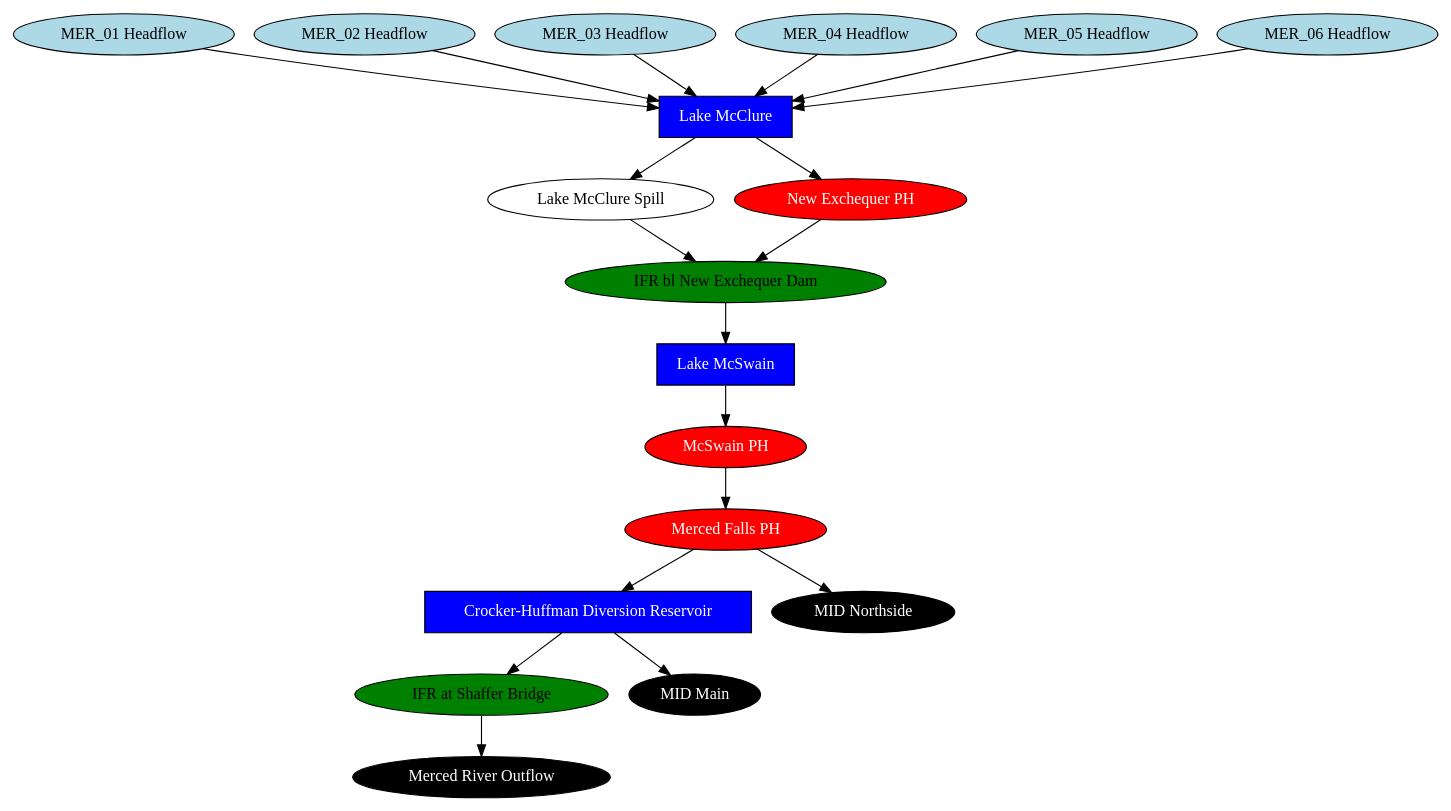
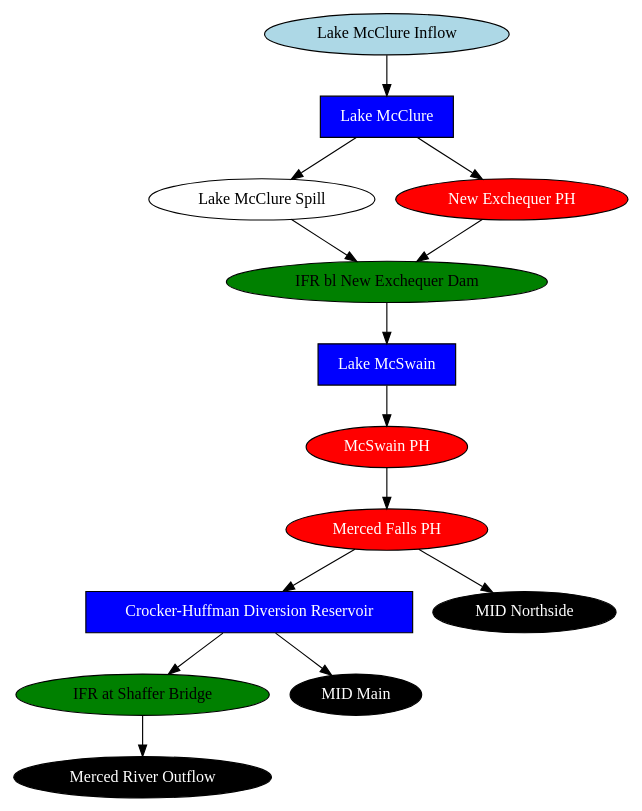
One commit to vicelab/cen-sierra-pywr changed the diagram in dashapp/assets/schematics/merced_schematic_simplified.gv. Above: the diagram before and after it, drawn with Graphviz. The commit also changed 11 other files, not shown here.

Commit message:
update schematics

```diff
--- a/dashapp/assets/schematics/merced_schematic_simplified.gv
+++ b/dashapp/assets/schematics/merced_schematic_simplified.gv
@@ -1,39 +1,29 @@
 // merced
 digraph merced {
+	"Lake McClure Inflow" [fillcolor=lightblue fontcolor=black shape=oval style=filled]
 	"IFR bl New Exchequer Dam" [fillcolor=green fontcolor=black shape=oval style=filled]
 	"Crocker-Huffman Diversion Reservoir" [fillcolor=blue fontcolor=white shape=rect style=filled]
 	"Lake McClure" [fillcolor=blue fontcolor=white shape=rect style=filled]
 	"Lake McClure Spill" [fillcolor=white fontcolor=black shape=oval style=filled]
 	"Lake McSwain" [fillcolor=blue fontcolor=white shape=rect style=filled]
 	"McSwain PH" [fillcolor=red fontcolor=white shape=oval style=filled]
 	"Merced Falls PH" [fillcolor=red fontcolor=white shape=oval style=filled]
 	"IFR at Shaffer Bridge" [fillcolor=green fontcolor=black shape=oval style=filled]
 	"Merced River Outflow" [fillcolor=black fontcolor=white shape=oval style=filled]
-	"MER_01 Headflow" [fillcolor=lightblue fontcolor=black shape=oval style=filled]
-	"MER_02 Headflow" [fillcolor=lightblue fontcolor=black shape=oval style=filled]
-	"MER_03 Headflow" [fillcolor=lightblue fontcolor=black shape=oval style=filled]
-	"MER_04 Headflow" [fillcolor=lightblue fontcolor=black shape=oval style=filled]
-	"MER_05 Headflow" [fillcolor=lightblue fontcolor=black shape=oval style=filled]
-	"MER_06 Headflow" [fillcolor=lightblue fontcolor=black shape=oval style=filled]
 	"MID Main" [fillcolor=black fontcolor=white shape=oval style=filled]
 	"MID Northside" [fillcolor=black fontcolor=white shape=oval style=filled]
 	"New Exchequer PH" [fillcolor=red fontcolor=white shape=oval style=filled]
 	"Lake McClure" -> "Lake McClure Spill"
 	"Lake McClure" -> "New Exchequer PH"
 	"IFR bl New Exchequer Dam" -> "Lake McSwain"
 	"Crocker-Huffman Diversion Reservoir" -> "MID Main"
 	"Lake McSwain" -> "McSwain PH"
 	"Crocker-Huffman Diversion Reservoir" -> "IFR at Shaffer Bridge"
 	"Merced Falls PH" -> "MID Northside"
 	"Lake McClure Spill" -> "IFR bl New Exchequer Dam"
 	"New Exchequer PH" -> "IFR bl New Exchequer Dam"
 	"Merced Falls PH" -> "Crocker-Huffman Diversion Reservoir"
 	"McSwain PH" -> "Merced Falls PH"
-	"MER_01 Headflow" -> "Lake McClure"
-	"MER_02 Headflow" -> "Lake McClure"
-	"MER_03 Headflow" -> "Lake McClure"
+	"Lake McClure Inflow" -> "Lake McClure"
 	"IFR at Shaffer Bridge" -> "Merced River Outflow"
-	"MER_04 Headflow" -> "Lake McClure"
-	"MER_05 Headflow" -> "Lake McClure"
-	"MER_06 Headflow" -> "Lake McClure"
 }
```
